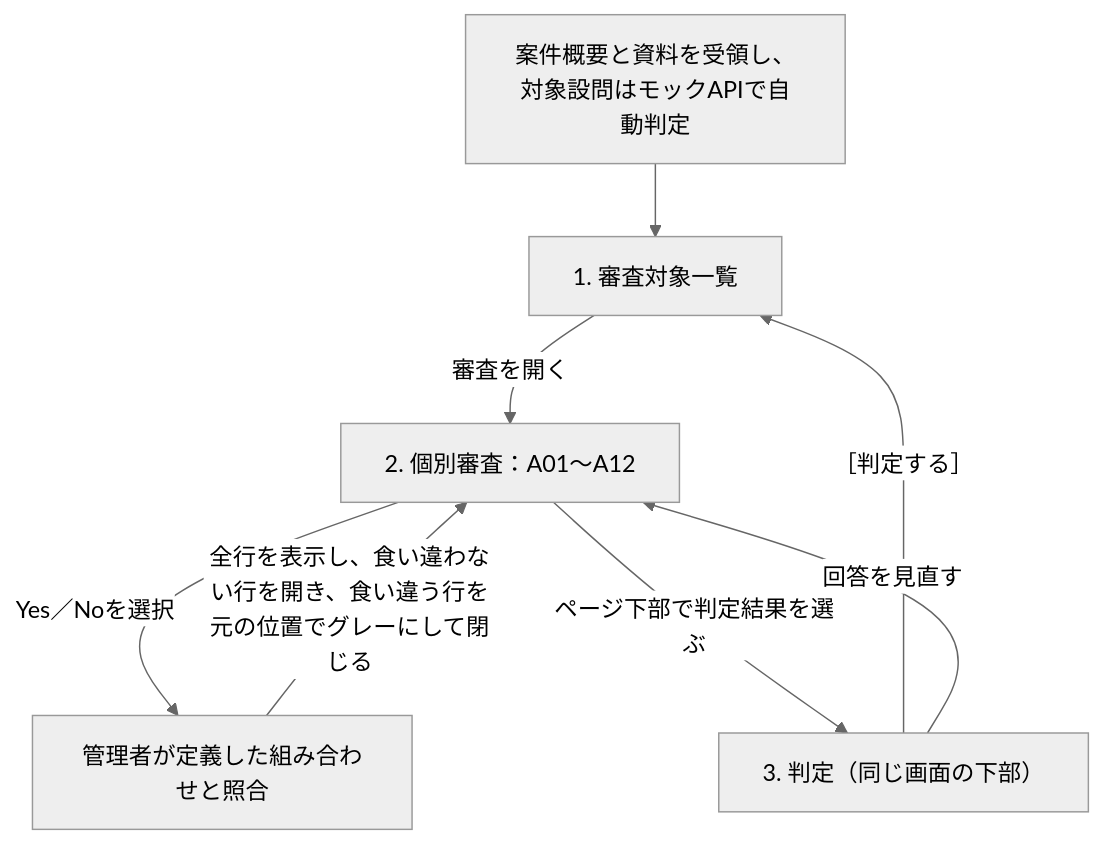
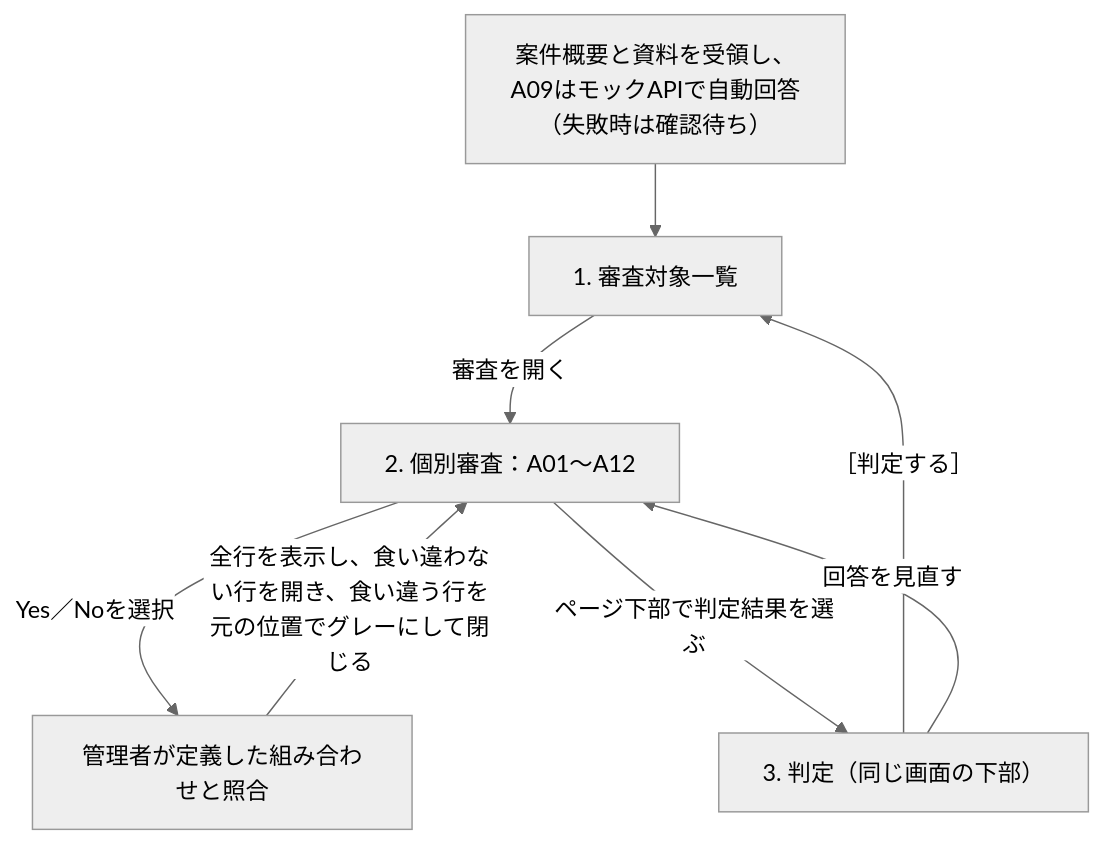
The diagram in docs/operator-wireflow.md (ryoseki/decision-table-demo), drawn with Mermaid (neutral theme) before and after one commit. The commit also changed other lines of this file and 7 other files, not shown here.

````diff
--- a/docs/operator-wireflow.md
+++ b/docs/operator-wireflow.md
@@ -7,10 +7,10 @@
 ```mermaid
 flowchart TD
-    I["案件概要と資料を受領し、対象設問はモックAPIで自動判定"] --> A["1. 審査対象一覧"]
+    I["案件概要と資料を受領し、A09はモックAPIで自動回答（失敗時は確認待ち）"] --> A["1. 審査対象一覧"]
     A -->|審査を開く| B["2. 個別審査：A01〜A12"]
     B -->|Yes／Noを選択| C["管理者が定義した組み合わせと照合"]
     C -->|全行を表示し、食い違わない行を開き、食い違う行を元の位置でグレーにして閉じる| B
     B -->|ページ下部で判定結果を選ぶ| E["3. 判定（同じ画面の下部）"]
     E -->|［判定する］| A
     E -->|回答を見直す| B
 ```
````
